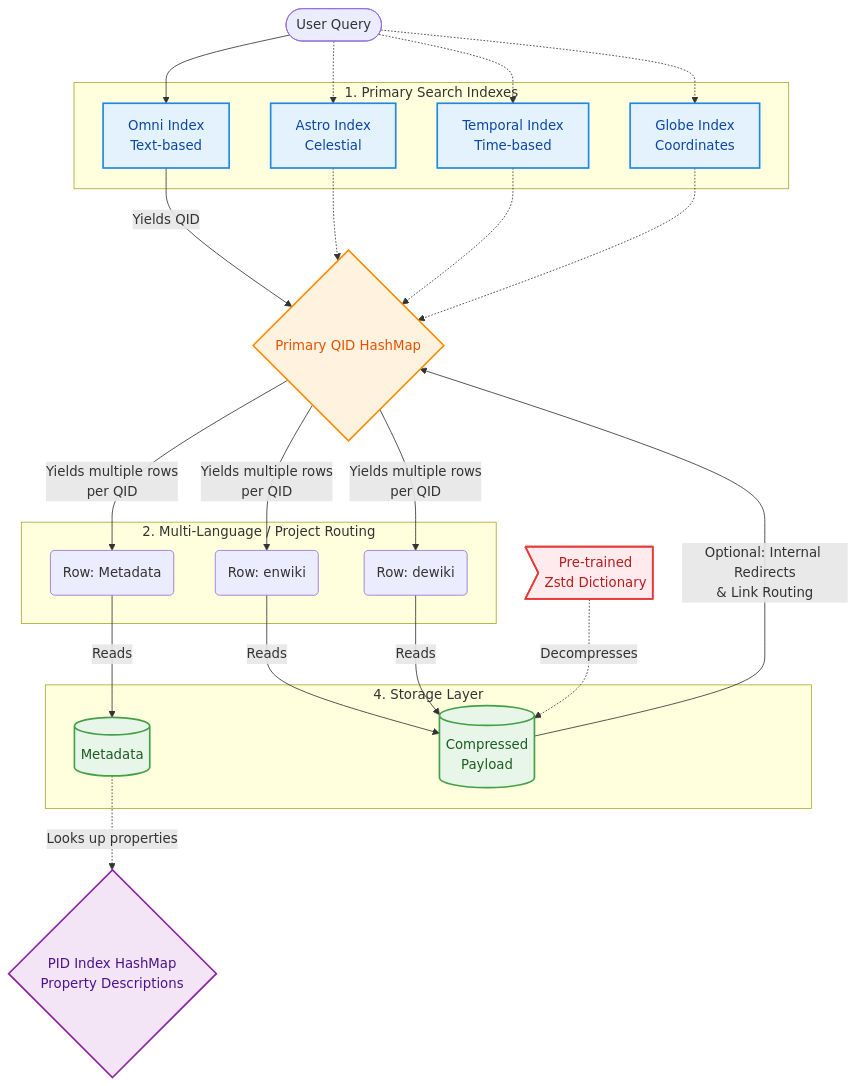
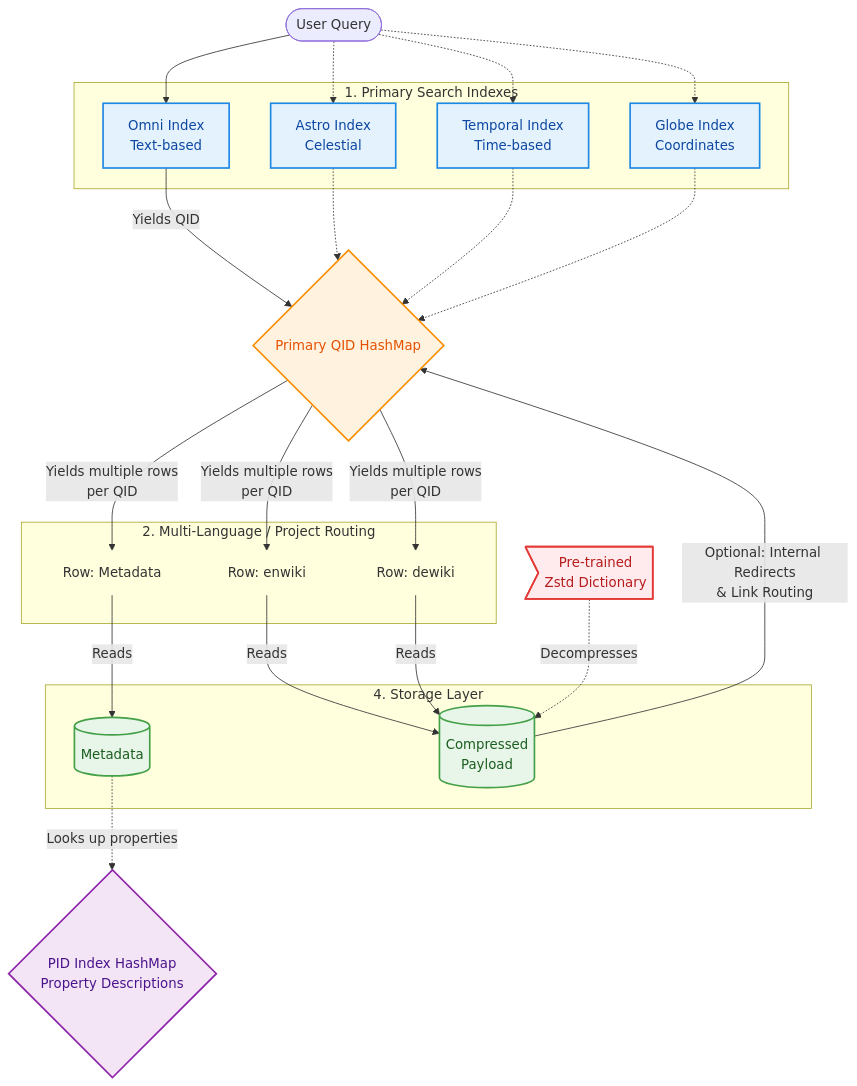
The diagram in README.md (jmueller209/WIKI_PDA), drawn with Mermaid before and after one commit.

````diff
--- a/README.md
+++ b/README.md
@@ -16,55 +16,59 @@
 ```mermaid
 flowchart TD
     %% Color Palette Definition
     classDef search fill:#e3f2fd,stroke:#1e88e5,stroke-width:2px,color:#0d47a1
     classDef memory fill:#fff3e0,stroke:#fb8c00,stroke-width:2px,color:#e65100
     classDef storage fill:#e8f5e9,stroke:#43a047,stroke-width:2px,color:#1b5e20
     classDef meta fill:#f3e5f5,stroke:#8e24aa,stroke-width:2px,color:#4a148c
     classDef tool fill:#ffebee,stroke:#e53935,stroke-width:2px,color:#b71c1c
+    classDef transparent fill:none,stroke:none,color:#333
 
     User([User Query])
 
     subgraph Phase1 [1. Primary Search Indexes]
         OS[Omni Index<br>Text-based]:::search
         AS[Astro Index<br>Celestial]:::search
         TS[Temporal Index<br>Time-based]:::search
         CS[Globe Index<br>Coordinates]:::search
     end
 
     User --> OS
     User -.-> AS
     User -.-> TS
     User -.-> CS
 
     HM{Primary QID HashMap}:::memory
     
     OS -- Yields QID --> HM
     AS -.-> HM
     TS -.-> HM
     CS -.-> HM
 
     subgraph Phase2 [2. Multi-Language / Project Routing]
         R1(Row: Metadata)
         R2(Row: enwiki)
         R3(Row: dewiki)
     end
 
+    %% Apply the transparent style class to the 3 rows
+    class R1,R2,R3 transparent
+
     HM -- Yields multiple rows<br>per QID --> R1 & R2 & R3
 
     subgraph Phase3 [4. Storage Layer]
         MD[(Metadata)]:::storage
         DAT[(Compressed<br>Payload)]:::storage
     end
 
     R1 -->|Reads| MD
     R2 -->|Reads| DAT
     R3 -->|Reads| DAT
 
     PID{PID Index HashMap<br>Property Descriptions}:::meta
     MD -. Looks up properties .-> PID
 
     DAT -- Optional: Internal Redirects<br>& Link Routing --> HM
 
     ZDICT>Pre-trained<br>Zstd Dictionary]:::tool
     ZDICT -.->|Decompresses| DAT
 ```
````
